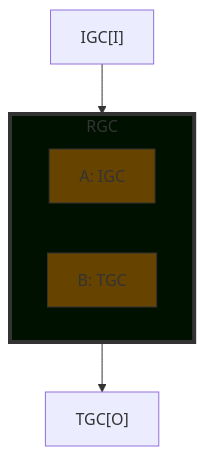
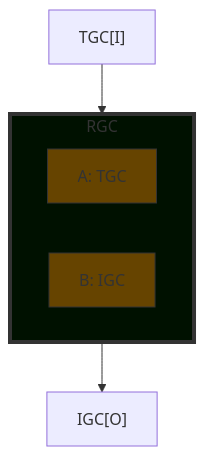
The second of 12 diagrams in docs/insertion.md (Shapedsundew9/egp-physics), drawn with Mermaid before and after one commit. The commit also changed 2 other files, not shown here.

````diff
--- a/docs/insertion.md
+++ b/docs/insertion.md
@@ -79,21 +80,21 @@
 ```mermaid
 %% Insertion Case 11: Inverse Stack
 flowchart TB
-    I["IGC[I]"]
+    I["TGC[I]"]
     subgraph RGC
         direction RL
-        GCA["A: IGC"]
-        GCB["B: TGC"]
+        GCA["A: TGC"]
+        GCB["B: IGC"]
     end
-    O["TGC[O]"]
+    O["IGC[O]"]
     I --> RGC --> O
 
 classDef newGC fill:#010,stroke:#333,stroke-width:4px
 classDef newRow fill:#010,stroke:#333,stroke-width:1px
 classDef modified fill:#640,stroke:#333,stroke-width:1px
 classDef unchanged fill:#000,stroke:#333,stroke-width:1px
 
 class RGC newGC
 class GCA modified
 class GCB modified
 ```
````
